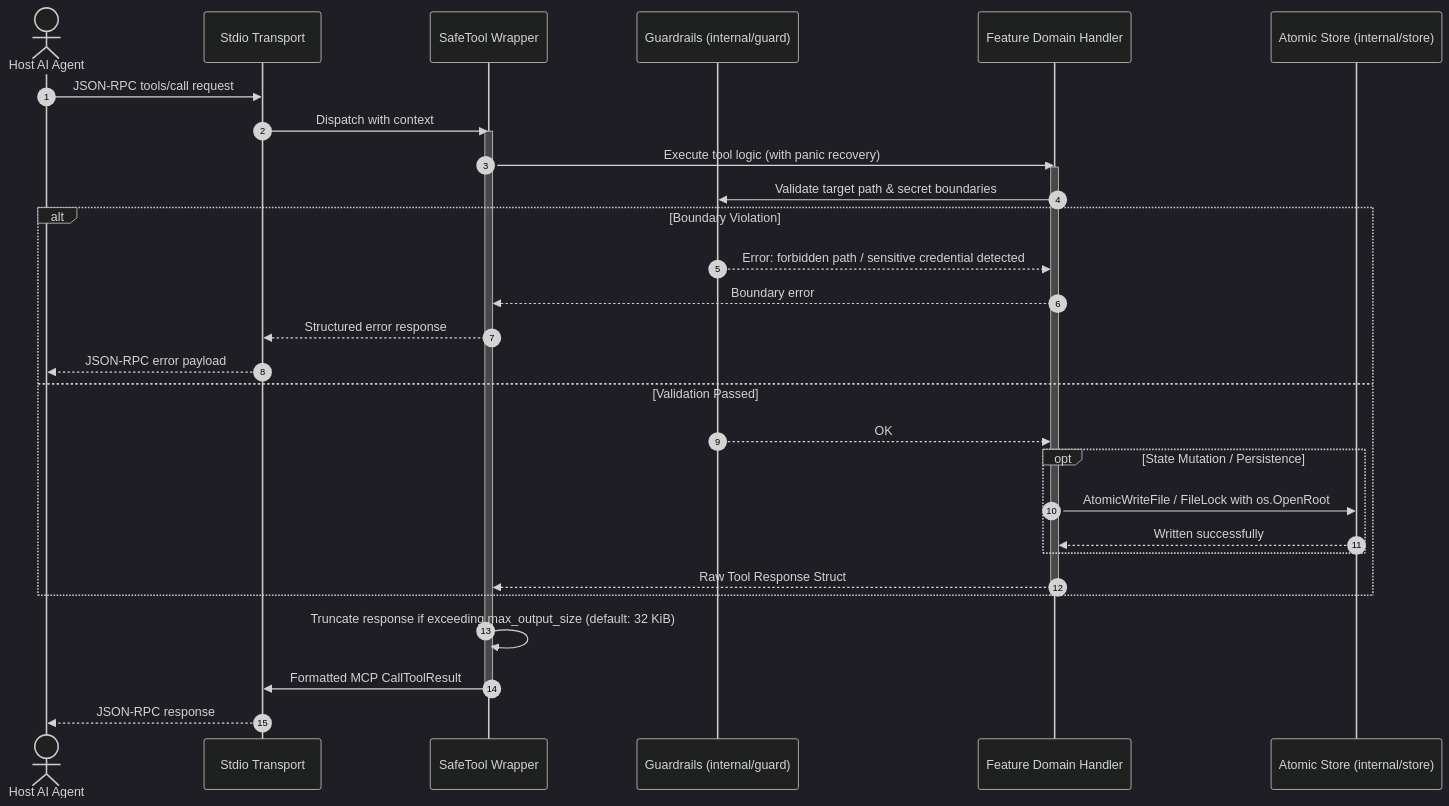
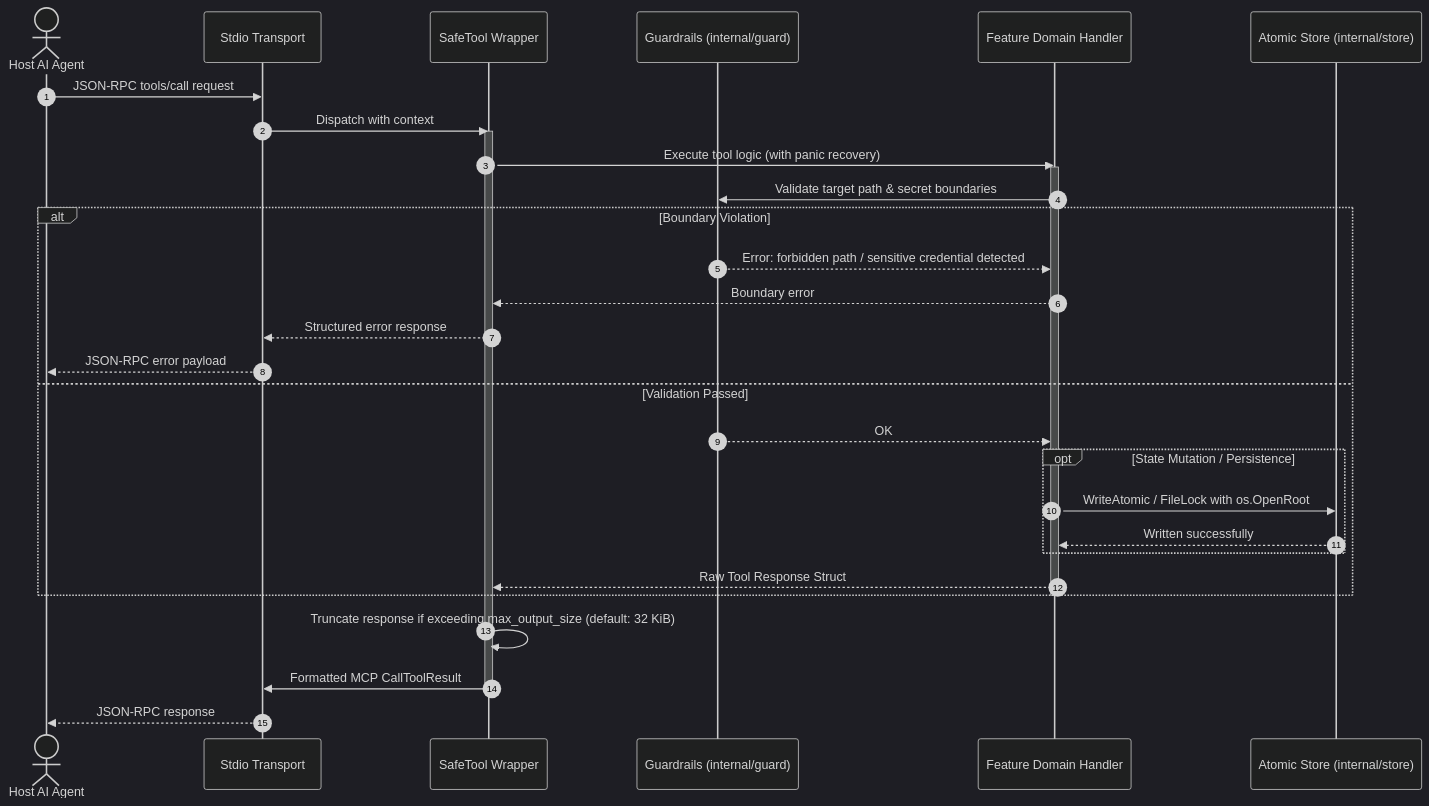
Before and after one commit to berquerant/agent-skills: the third of 4 diagrams in mcp/references/architecture.md, drawn with Mermaid (dark theme). The commit also changed other lines of this file and 27 other files, not shown here.

````diff
--- a/mcp/references/architecture.md
+++ b/mcp/references/architecture.md
@@ -137,41 +137,41 @@
 ```mermaid
 sequenceDiagram
     autonumber
     actor Agent as Host AI Agent
     participant Stdio as Stdio Transport
     participant Safe as SafeTool Wrapper
     participant Guard as Guardrails (internal/guard)
     participant Feature as Feature Domain Handler
     participant Store as Atomic Store (internal/store)
 
     Agent->>Stdio: JSON-RPC tools/call request
     Stdio->>Safe: Dispatch with context
     activate Safe
 
     Safe->>Feature: Execute tool logic (with panic recovery)
     activate Feature
 
     Feature->>Guard: Validate target path & secret boundaries
     alt Boundary Violation
         Guard-->>Feature: Error: forbidden path / sensitive credential detected
         Feature-->>Safe: Boundary error
         Safe-->>Stdio: Structured error response
         Stdio-->>Agent: JSON-RPC error payload
     else Validation Passed
         Guard-->>Feature: OK
 
         opt State Mutation / Persistence
-            Feature->>Store: AtomicWriteFile / FileLock with os.OpenRoot
+            Feature->>Store: WriteAtomic / FileLock with os.OpenRoot
             Store-->>Feature: Written successfully
         end
 
         Feature-->>Safe: Raw Tool Response Struct
     end
     deactivate Feature
 
     Safe->>Safe: Truncate response if exceeding max_output_size (default: 32 KiB)
     Safe->>Stdio: Formatted MCP CallToolResult
     deactivate Safe
 
     Stdio-->>Agent: JSON-RPC response
 ```
````
